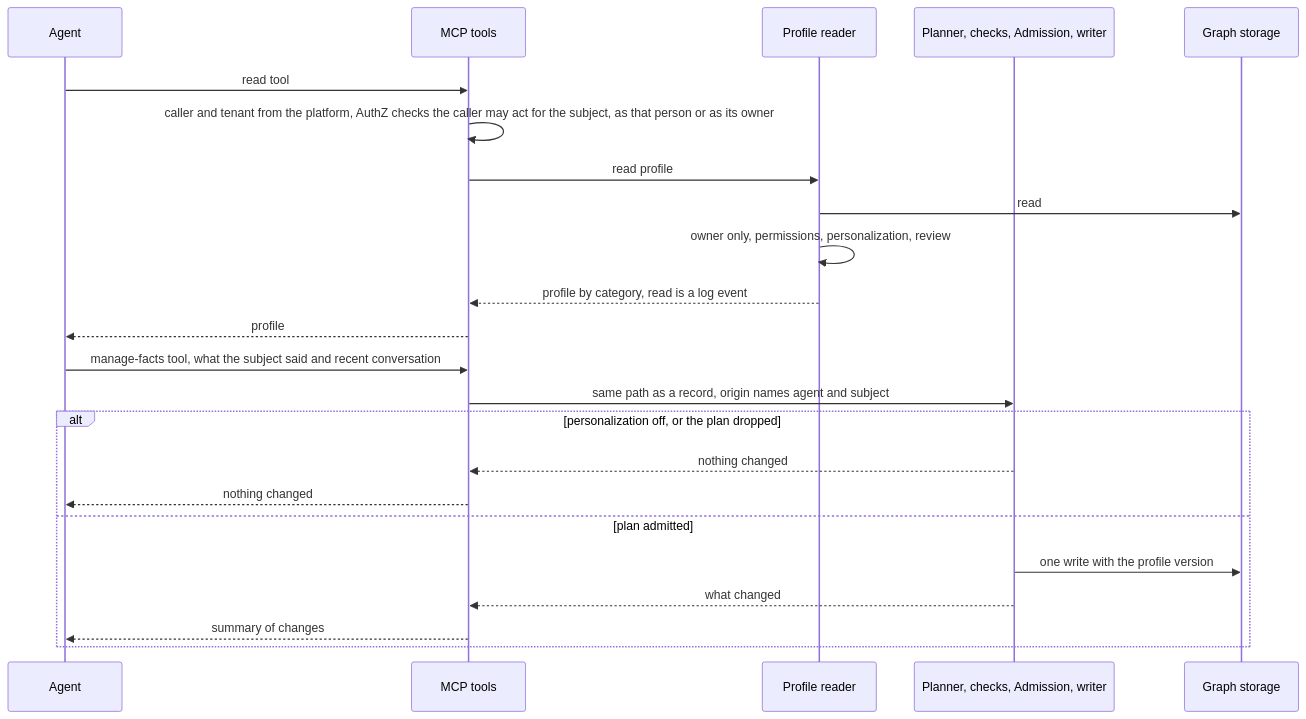
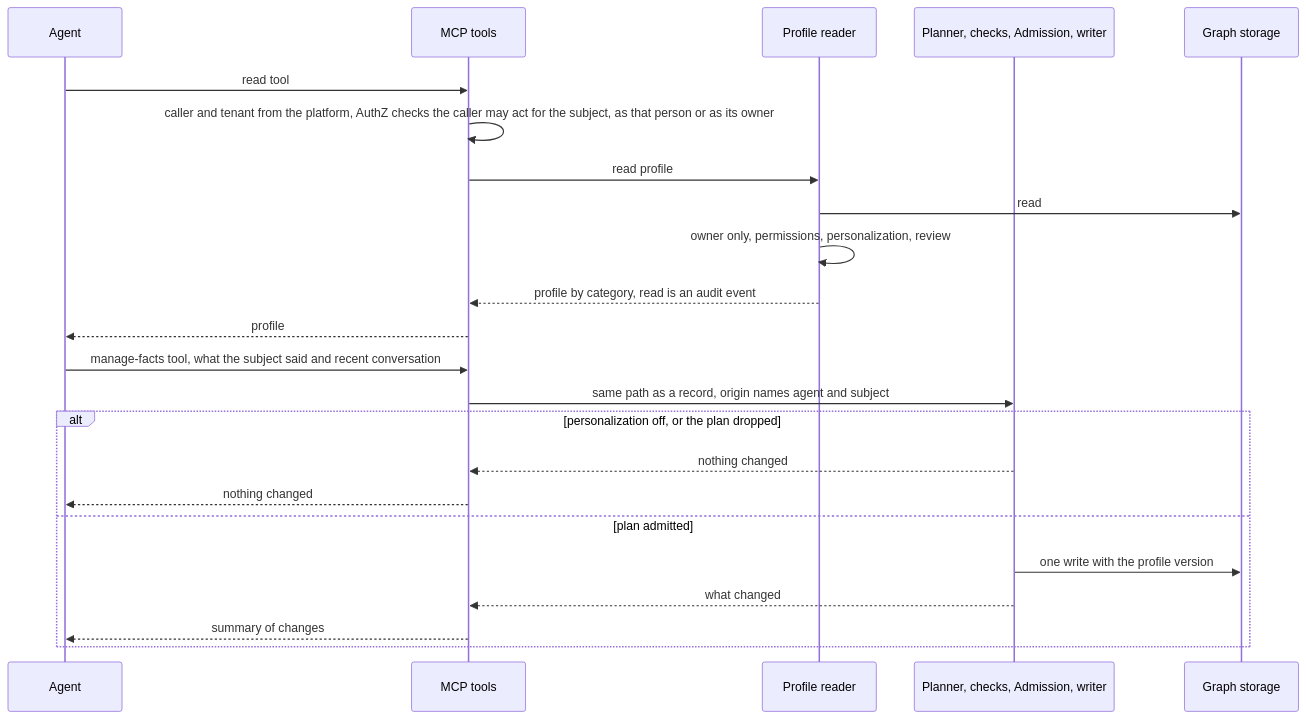
Before and after one commit to AndIConstructor/gears-rust: the sixth of 9 diagrams in gears/construct/docs/DESIGN.md, drawn with Mermaid. The commit also changed other lines of this file and 4 other files, not shown here.

````diff
--- a/gears/construct/docs/DESIGN.md
+++ b/gears/construct/docs/DESIGN.md
@@ -837,25 +840,25 @@
 ```mermaid
 sequenceDiagram
     participant AG as Agent
     participant MT as MCP tools
     participant PR as Profile reader
     participant PL as Planner, checks, Admission, writer
     participant GS as Graph storage
     AG->>MT: read tool
     MT->>MT: caller and tenant from the platform, AuthZ checks the caller may act for the subject, as that person or as its owner
     MT->>PR: read profile
     PR->>GS: read
     PR->>PR: owner only, permissions, personalization, review
-    PR-->>MT: profile by category, read is a log event
+    PR-->>MT: profile by category, read is an audit event
     MT-->>AG: profile
     AG->>MT: manage-facts tool, what the subject said and recent conversation
     MT->>PL: same path as a record, origin names agent and subject
     alt personalization off, or the plan dropped
         PL-->>MT: nothing changed
         MT-->>AG: nothing changed
     else plan admitted
         PL->>GS: one write with the profile version
         PL-->>MT: what changed
         MT-->>AG: summary of changes
     end
 ```
````
